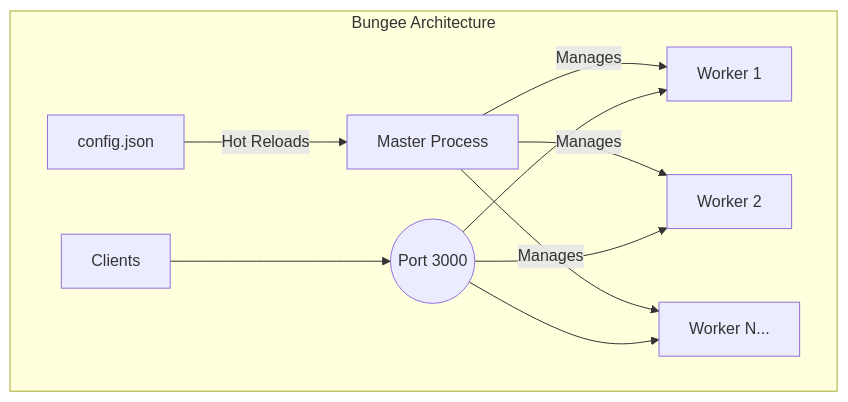
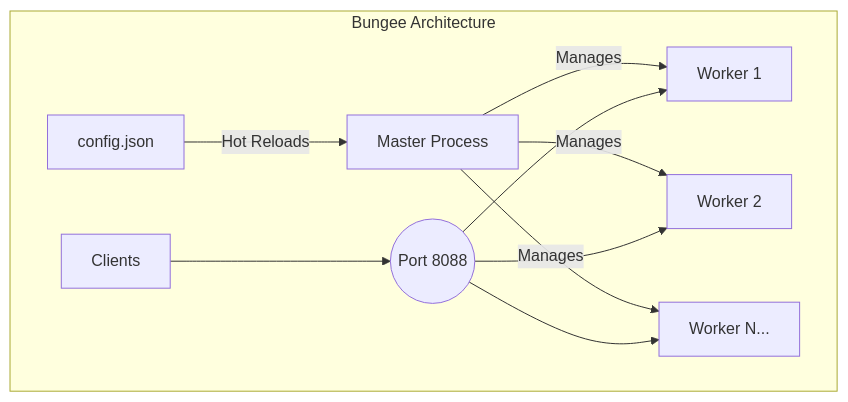
One commit to jeffusion/Bungee changed the diagram in README.md. Above: the diagram before and after it, drawn with Mermaid. The commit also changed other lines of this file and 19 other files, not shown here.

````diff
--- a/README.md
+++ b/README.md
@@ -123,15 +123,15 @@
 ```mermaid
 graph TD
     subgraph "Bungee Architecture"
         Master[Master Process] -- Manages --> Worker1[Worker 1]
         Master -- Manages --> Worker2[Worker 2]
         Master -- Manages --> WorkerN[Worker N...]
 
-        Client[Clients] --> LB((Port 3000))
+        Client[Clients] --> LB((Port 8088))
         LB --> Worker1
         LB --> Worker2
         LB --> WorkerN
 
         ConfigFile[config.json] -- Hot Reloads --> Master
     end
 ```
````
